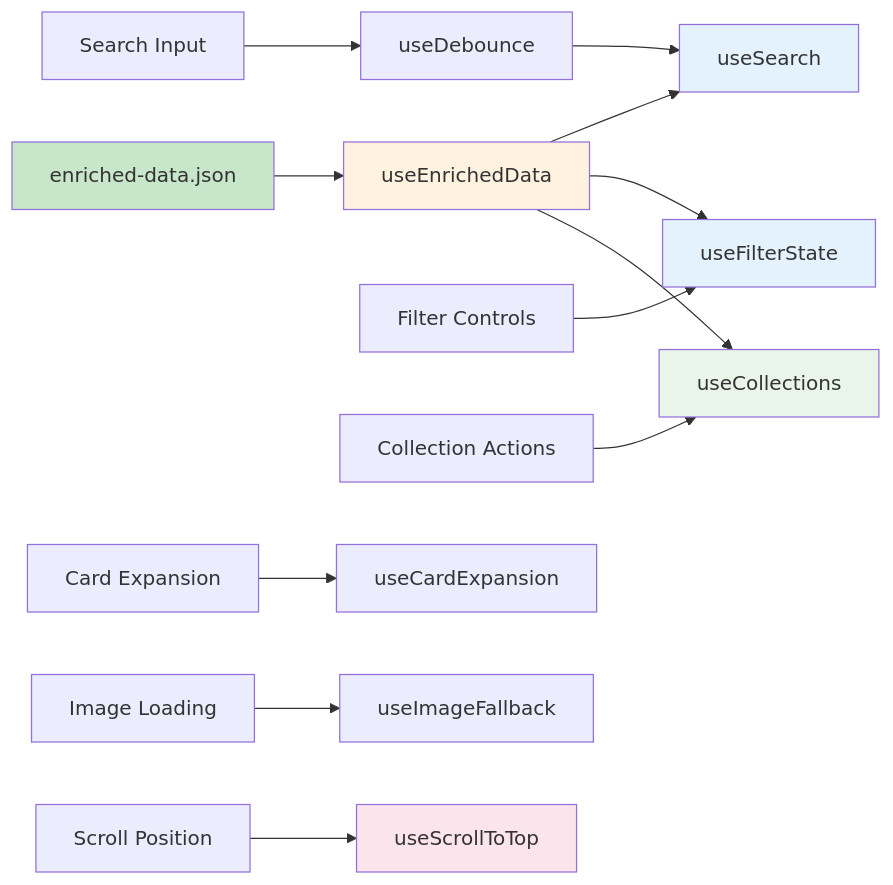
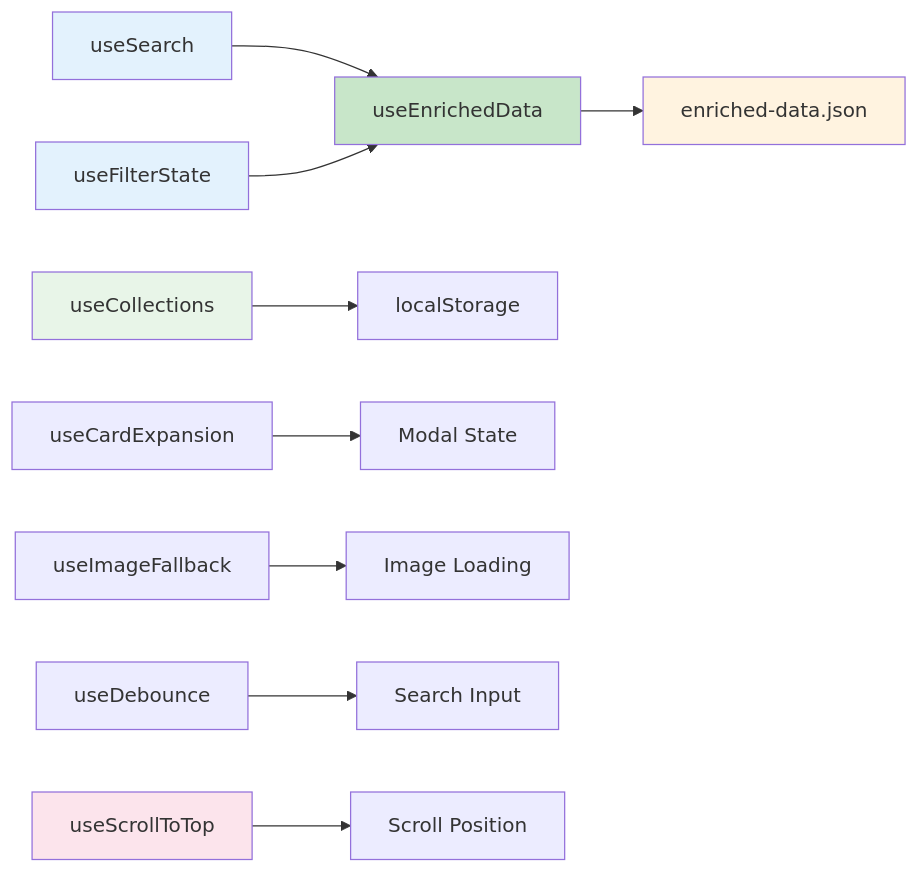
One commit to AustroMelee/Austros-ATLA-World changed the second of 3 diagrams in docs/frontend_architecture.md. Above: the diagram before and after it, drawn with Mermaid. The commit also changed other lines of this file and 165 other files, not shown here.

````diff
--- a/docs/frontend_architecture.md
+++ b/docs/frontend_architecture.md
@@ -59,24 +53,19 @@
 ```mermaid
 graph LR
-    A[enriched-data.json] --> B[useEnrichedData]
-    B --> C[useSearch]
-    B --> D[useFilterState]
-    B --> E[useCollections]
+    A[useEnrichedData] --> B[enriched-data.json]
+    C[useSearch] --> A
+    D[useFilterState] --> A
+    E[useCollections] --> F[localStorage]
     
-    F[Search Input] --> G[useDebounce]
-    G --> C
-    
-    H[Filter Controls] --> D
-    I[Collection Actions] --> E
-    
-    J[Card Expansion] --> K[useCardExpansion]
-    L[Image Loading] --> M[useImageFallback]
-    N[Scroll Position] --> O[useScrollToTop]
+    G[useCardExpansion] --> H[Modal State]
+    I[useImageFallback] --> J[Image Loading]
+    K[useDebounce] --> L[Search Input]
+    M[useScrollToTop] --> N[Scroll Position]
     
     style A fill:#c8e6c9
     style B fill:#fff3e0
     style C fill:#e3f2fd
     style D fill:#e3f2fd
     style E fill:#e8f5e8
-    style O fill:#fce4ec
+    style M fill:#fce4ec
 ```
````
